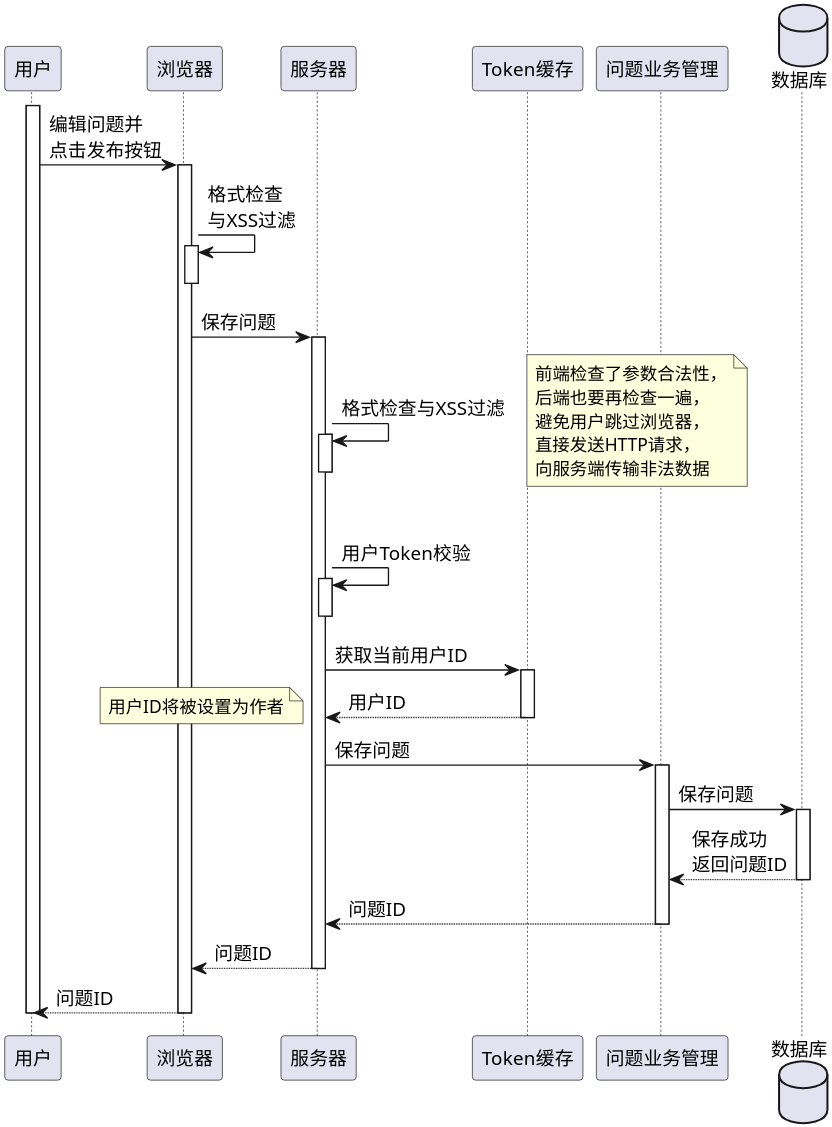
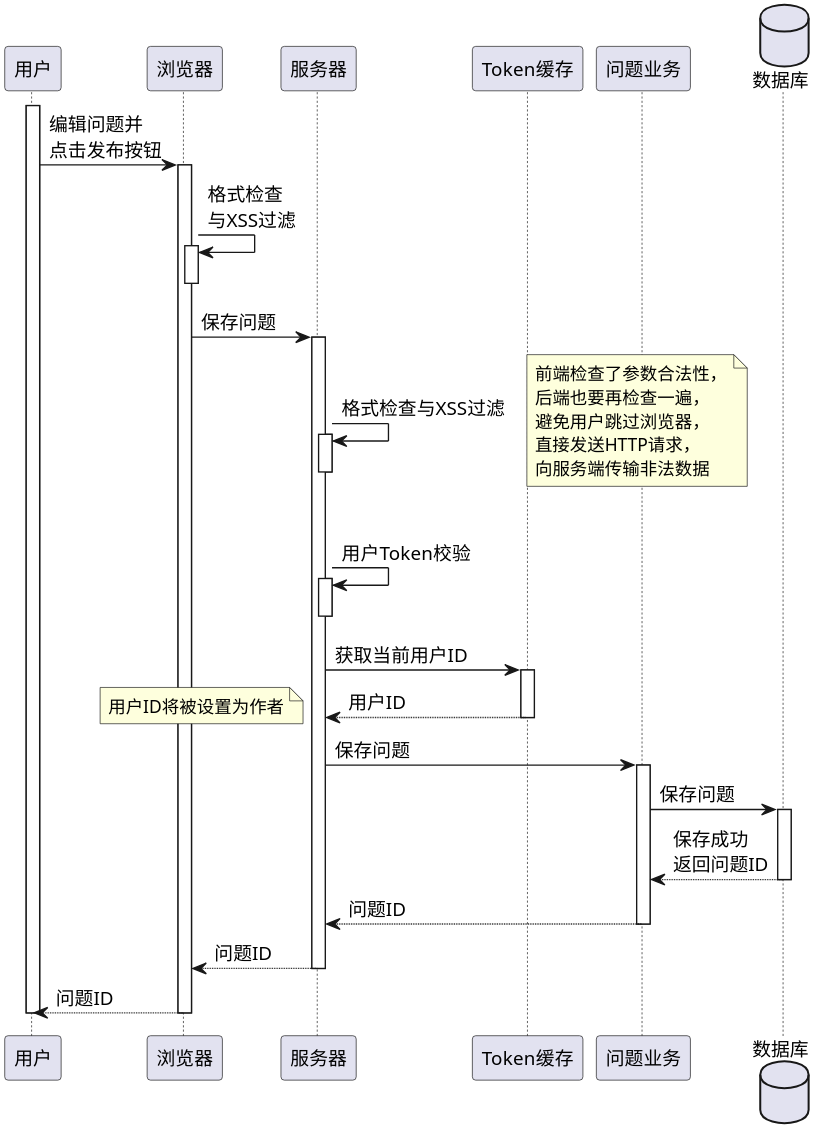
The diagram in uml/时序图/question/发布问题.puml (Etherealss/AskAnswer), drawn with PlantUML before and after one commit. The commit also changed 9 other files, not shown here.

```diff
--- a/uml/时序图/question/发布问题.puml
+++ b/uml/时序图/question/发布问题.puml
@@ -1,47 +1,47 @@
 @startuml
 'https://plantuml.com/sequence-diagram
 skinparam shadowing false
 skinparam defaultFontName xfonts-wqy
 skinparam dpi 300
 skinparam activity  {
     DiamondFontSize 10
     ArrowFontSize 14
     FontSize 14
 }
 
 participant 用户 as User
 participant 浏览器 as Browser
 participant 服务器 as Server
 participant Token缓存 as CurUserTokenHolder
-participant 问题业务管理 as QuestionService
+participant 问题业务 as QuestionService
 database 数据库 as DB
 
 activate User
 User -> Browser ++: 编辑问题并\n点击发布按钮
 Browser -> Browser ++--: 格式检查\n与XSS过滤
 Browser -> Server ++: 保存问题
 Server -> Server ++--: 格式检查与XSS过滤
 note right
 前端检查了参数合法性，
 后端也要再检查一遍，
 避免用户跳过浏览器，
 直接发送HTTP请求，
 向服务端传输非法数据
 end note
 
 Server -> Server ++--: 用户Token校验
 Server -> CurUserTokenHolder ++: 获取当前用户ID
 return 用户ID
 note left
 用户ID将被设置为作者
 end note
 Server -> QuestionService ++: 保存问题
 QuestionService -> DB ++: 保存问题
 return 保存成功\n返回问题ID
 return 问题ID
 return 问题ID
 return 问题ID
 
 deactivate User
 
 @enduml
```
